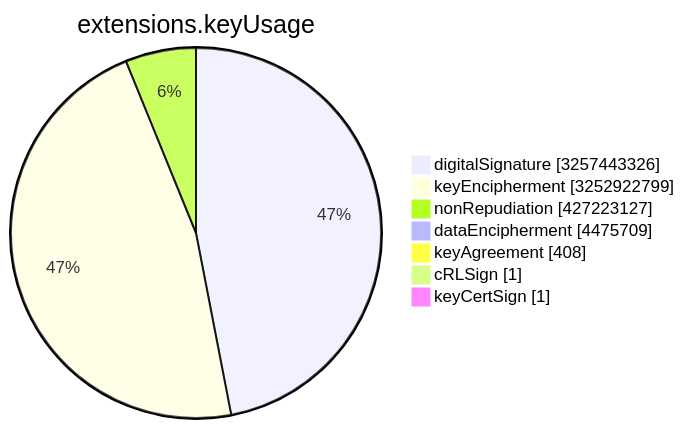
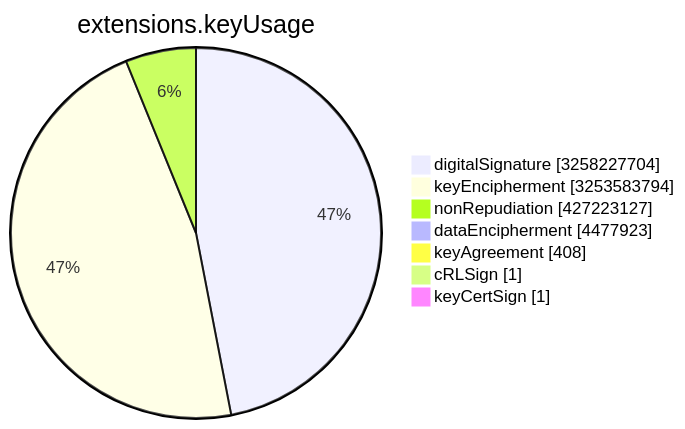
One commit to christiankrug/ctmonitor_visualization changed the sixth of 15 diagrams in TOTAL/README.md. Above: the diagram before and after it, drawn with Mermaid. The commit also changed other lines of this file, not shown here.

````diff
--- a/TOTAL/README.md
+++ b/TOTAL/README.md
@@ -3078,11 +3078,11 @@
 ```mermaid
 pie showData
 title extensions.keyUsage
-"digitalSignature" :3257443326
-"keyEncipherment" :3252922799
+"digitalSignature" :3258227704
+"keyEncipherment" :3253583794
 "nonRepudiation" :427223127
-"dataEncipherment" :4475709
+"dataEncipherment" :4477923
 "keyAgreement" :408
 "cRLSign" :1
 "keyCertSign" :1
 ```
````
